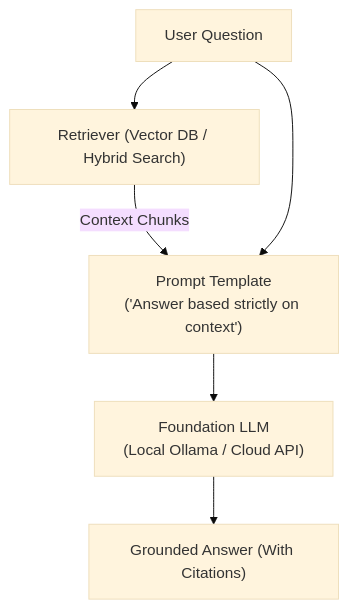
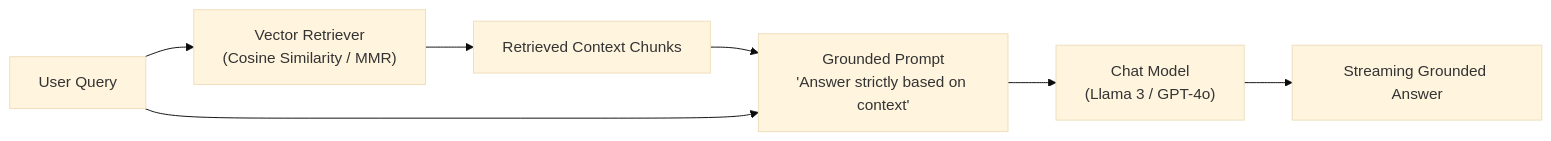
Before and after one commit to DeshDeepakKant/ai-engineering-docs: the diagram in docs/02-lcel-local-llms/01-generative-ai-langchain-campusx/16-retrieval-augmented-generation-what-is-r.md, drawn with Mermaid (base theme). The commit also changed other lines of this file and 182 other files, not shown here.

````diff
--- a/docs/02-lcel-local-llms/01-generative-ai-langchain-campusx/16-retrieval-augmented-generation-what-is-r.md
+++ b/docs/02-lcel-local-llms/01-generative-ai-langchain-campusx/16-retrieval-augmented-generation-what-is-r.md
@@ -35,8 +35,12 @@
 ```mermaid
-flowchart TD
-    Q["User Question"] --> R["Retriever (Vector DB / Hybrid Search)"]
-    R -->|Context Chunks| P["Prompt Template\n('Answer based strictly on context')"]
-    Q --> P
-    P --> LLM["Foundation LLM\n(Local Ollama / Cloud API)"]
-    LLM --> G["Grounded Answer (With Citations)"]
+flowchart LR
+    User["User Query"] --> Ret["Vector Retriever
+(Cosine Similarity / MMR)"]
+    Ret --> Context["Retrieved Context Chunks"]
+    Context --> Prompt["Grounded Prompt
+'Answer strictly based on context'"]
+    User --> Prompt
+    Prompt --> LLM["Chat Model
+(Llama 3 / GPT-4o)"]
+    LLM --> Stream["Streaming Grounded Answer"]
 ```
````
